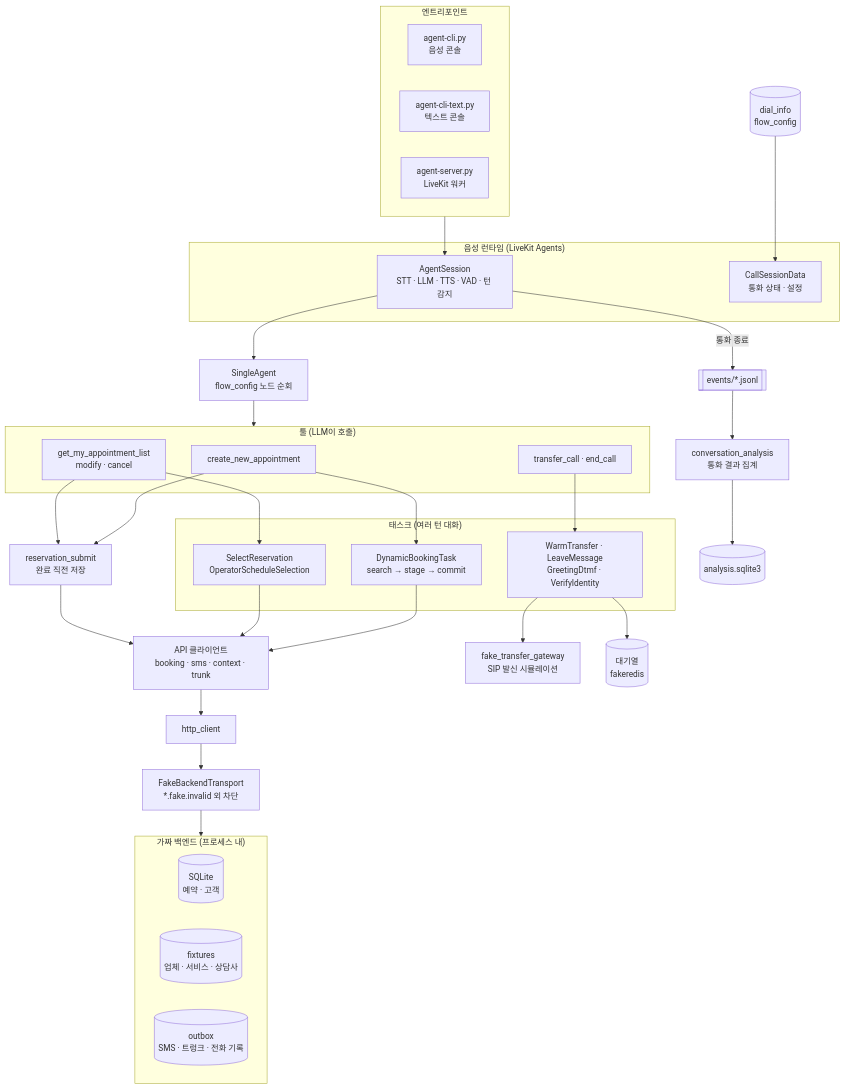
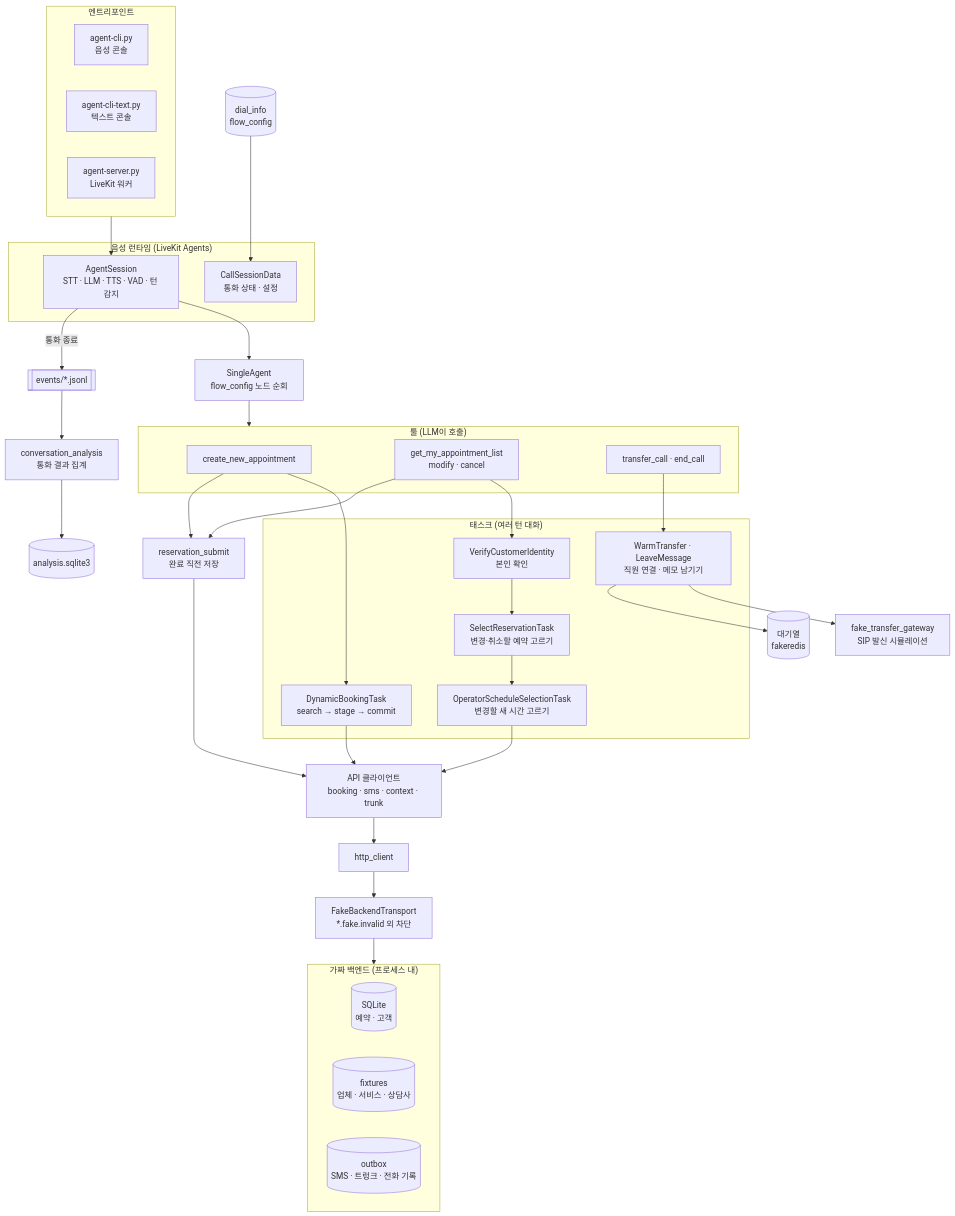
One commit to kofsitho87/service-center-voice-agent changed the first of 3 diagrams in README.md. Above: the diagram before and after it, drawn with Mermaid. The commit also changed other lines of this file and 110 other files, not shown here.

````diff
--- a/README.md
+++ b/README.md
@@ -16,55 +16,57 @@
 ```mermaid
 flowchart TD
     subgraph ENTRY["엔트리포인트"]
         CLI["agent-cli.py<br/>음성 콘솔"]
         TXT["agent-cli-text.py<br/>텍스트 콘솔"]
         SRV["agent-server.py<br/>LiveKit 워커"]
     end
 
     subgraph RUNTIME["음성 런타임 (LiveKit Agents)"]
         SESSION["AgentSession<br/>STT · LLM · TTS · VAD · 턴 감지"]
         DATA["CallSessionData<br/>통화 상태 · 설정"]
     end
 
     DIAL[("dial_info<br/>flow_config")] --> DATA
     ENTRY --> SESSION
     SESSION --> AGENT
 
     AGENT["SingleAgent<br/>flow_config 노드 순회"]
     AGENT --> TOOLS
 
     subgraph TOOLS["툴 (LLM이 호출)"]
         T1["create_new_appointment"]
         T2["get_my_appointment_list<br/>modify · cancel"]
         T3["transfer_call · end_call"]
     end
 
     subgraph TASKS["태스크 (여러 턴 대화)"]
         K1["DynamicBookingTask<br/>search → stage → commit"]
-        K2["SelectReservation<br/>OperatorScheduleSelection"]
-        K3["WarmTransfer · LeaveMessage<br/>GreetingDtmf · VerifyIdentity"]
+        K2["SelectReservationTask<br/>변경·취소할 예약 고르기"]
+        K2b["OperatorScheduleSelectionTask<br/>변경할 새 시간 고르기"]
+        K3["WarmTransfer · LeaveMessage<br/>직원 연결 · 메모 남기기"]
+        K4["VerifyCustomerIdentity<br/>본인 확인"]
     end
 
     T1 --> K1
-    T2 --> K2
+    T2 --> K4 --> K2 --> K2b
     T3 --> K3
 
     T1 & T2 --> SUBMIT["reservation_submit<br/>완료 직전 저장"]
-    K1 & K2 & SUBMIT --> CLIENTS["API 클라이언트<br/>booking · sms · context · trunk"]
+    K1 & K2b & SUBMIT --> CLIENTS["API 클라이언트<br/>booking · sms · context · trunk"]
     CLIENTS --> HTTP["http_client"]
     HTTP --> FAKE["FakeBackendTransport<br/>*.fake.invalid 외 차단"]
 
     subgraph BACKEND["가짜 백엔드 (프로세스 내)"]
         DB[("SQLite<br/>예약 · 고객")]
         FIX[("fixtures<br/>업체 · 서비스 · 상담사")]
         OUT[("outbox<br/>SMS · 트렁크 · 전화 기록")]
     end
 
     FAKE --> BACKEND
     K3 --> GW["fake_transfer_gateway<br/>SIP 발신 시뮬레이션"]
     K3 --> Q[("대기열<br/>fakeredis")]
 
     SESSION -- "통화 종료" --> EV[["events/*.jsonl"]]
     EV --> ANALYSIS["conversation_analysis<br/>통화 결과 집계"]
     ANALYSIS --> ADB[("analysis.sqlite3")]
 ```
````
